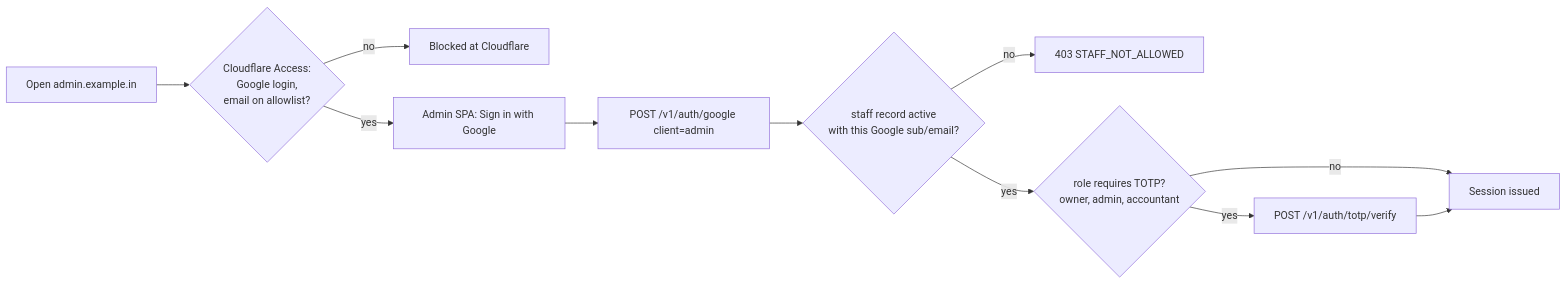
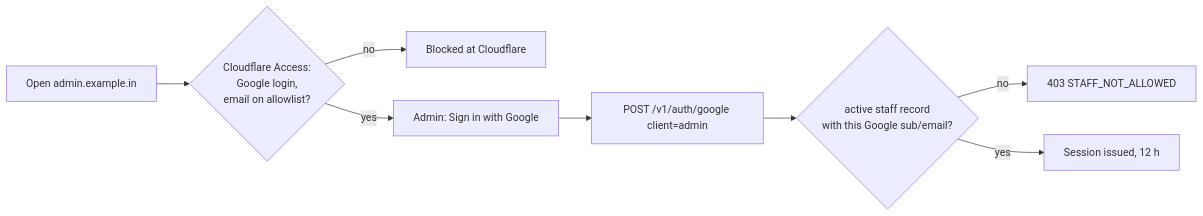
One commit to nishant2024-app/ecom changed the second of 2 diagrams in docs/04-authentication.md. Above: the diagram before and after it, drawn with Mermaid. The commit also changed other lines of this file and 52 other files, not shown here.

````diff
--- a/docs/04-authentication.md
+++ b/docs/04-authentication.md
@@ -93,13 +91,10 @@
 ```mermaid
 flowchart LR
   A[Open admin.example.in] --> B{Cloudflare Access:<br/>Google login,<br/>email on allowlist?}
   B -- no --> X[Blocked at Cloudflare]
-  B -- yes --> C[Admin SPA: Sign in with Google]
+  B -- yes --> C[Admin: Sign in with Google]
   C --> D[POST /v1/auth/google client=admin]
-  D --> E{staff record active<br/>with this Google sub/email?}
+  D --> E{active staff record<br/>with this Google sub/email?}
   E -- no --> Y[403 STAFF_NOT_ALLOWED]
-  E -- yes --> F{role requires TOTP?<br/>owner, admin, accountant}
-  F -- yes --> G[POST /v1/auth/totp/verify]
-  F -- no --> H[Session issued]
-  G --> H
+  E -- yes --> H[Session issued, 12 h]
 ```
````
